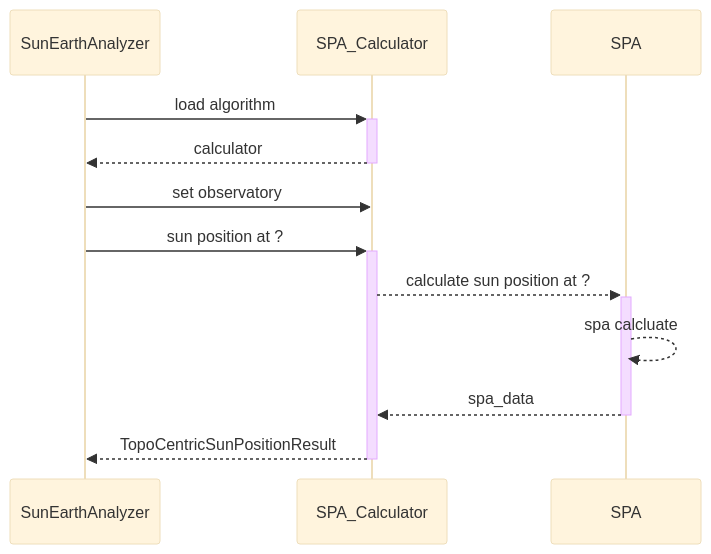
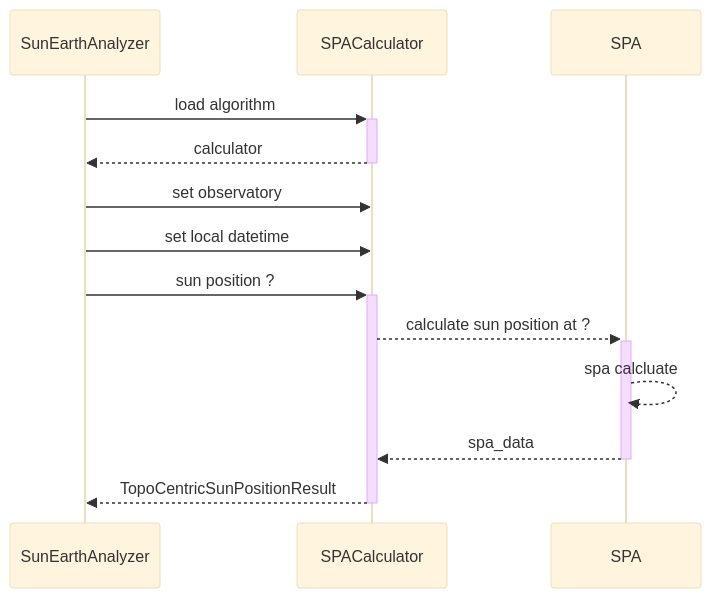
The second of 3 diagrams in docs/dev-guide/dev-guide.md (mikesongming/SE-Geometry), drawn with Mermaid (base theme) before and after one commit. The commit also changed other lines of this file and 17 other files, not shown here.

````diff
--- a/docs/dev-guide/dev-guide.md
+++ b/docs/dev-guide/dev-guide.md
@@ -77,22 +80,23 @@
 ``` mermaid
 sequenceDiagram
     participant SunEarthAnalyzer
-    participant SPA_Calculator
+    participant SPACalculator
     participant SPA
-    SunEarthAnalyzer ->>+ SPA_Calculator: load algorithm
-    SPA_Calculator -->>- SunEarthAnalyzer: calculator
+    SunEarthAnalyzer ->>+ SPACalculator: load algorithm
+    SPACalculator -->>- SunEarthAnalyzer: calculator
 
-    SunEarthAnalyzer ->> SPA_Calculator: set observatory
+    SunEarthAnalyzer ->> SPACalculator: set observatory
+    SunEarthAnalyzer ->> SPACalculator: set local datetime
 
-    SunEarthAnalyzer ->>+ SPA_Calculator: sun position at ?
+    SunEarthAnalyzer ->>+ SPACalculator: sun position ?
     % break when observatory not set
-    %     SPA_Calculator -->> SunEarthAnalyzer: RuntimeError
+    %     SPACalculator -->> SunEarthAnalyzer: RuntimeError
     % end
-    SPA_Calculator -->>+ SPA: calculate sun position at ?
+    SPACalculator -->>+ SPA: calculate sun position at ?
     % break when validate_inputs fails
-    %     SPA-->SPA_Calculator: error code
+    %     SPA-->SPACalculator: error code
     % end
     SPA -->> SPA: spa calcluate
-    SPA -->>- SPA_Calculator: spa_data
-    SPA_Calculator -->>- SunEarthAnalyzer: TopoCentricSunPositionResult
+    SPA -->>- SPACalculator: spa_data
+    SPACalculator -->>- SunEarthAnalyzer: TopoCentricSunPositionResult
 ```
````
